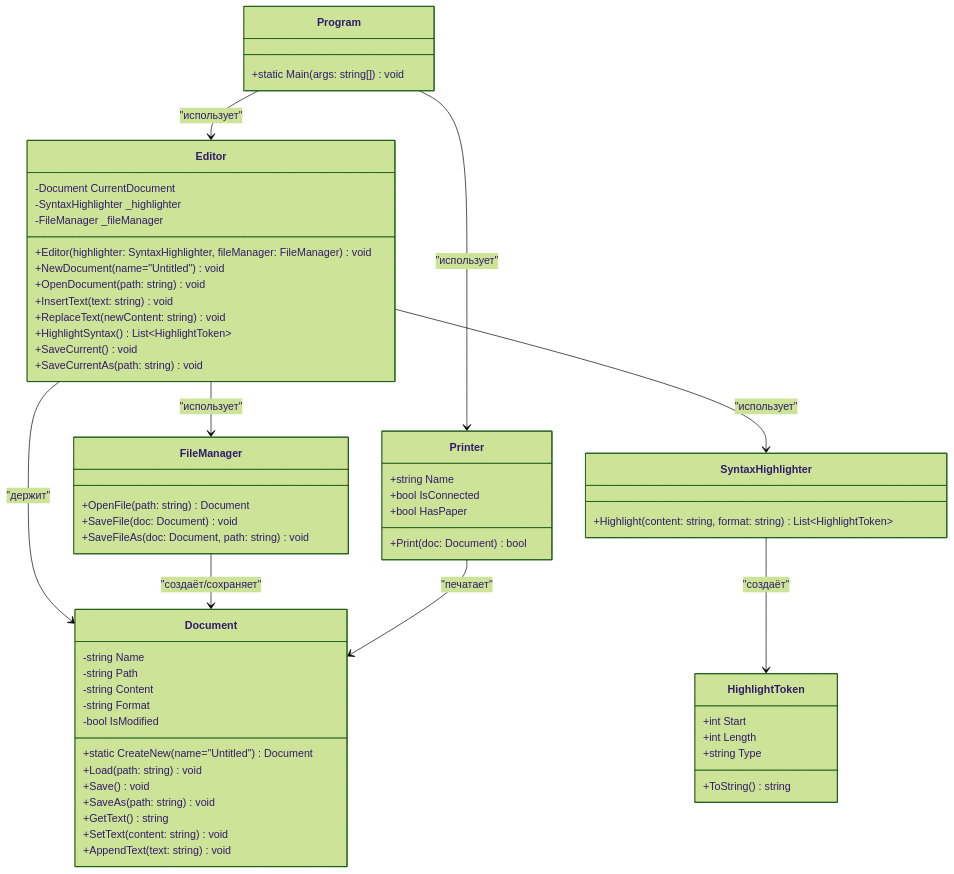
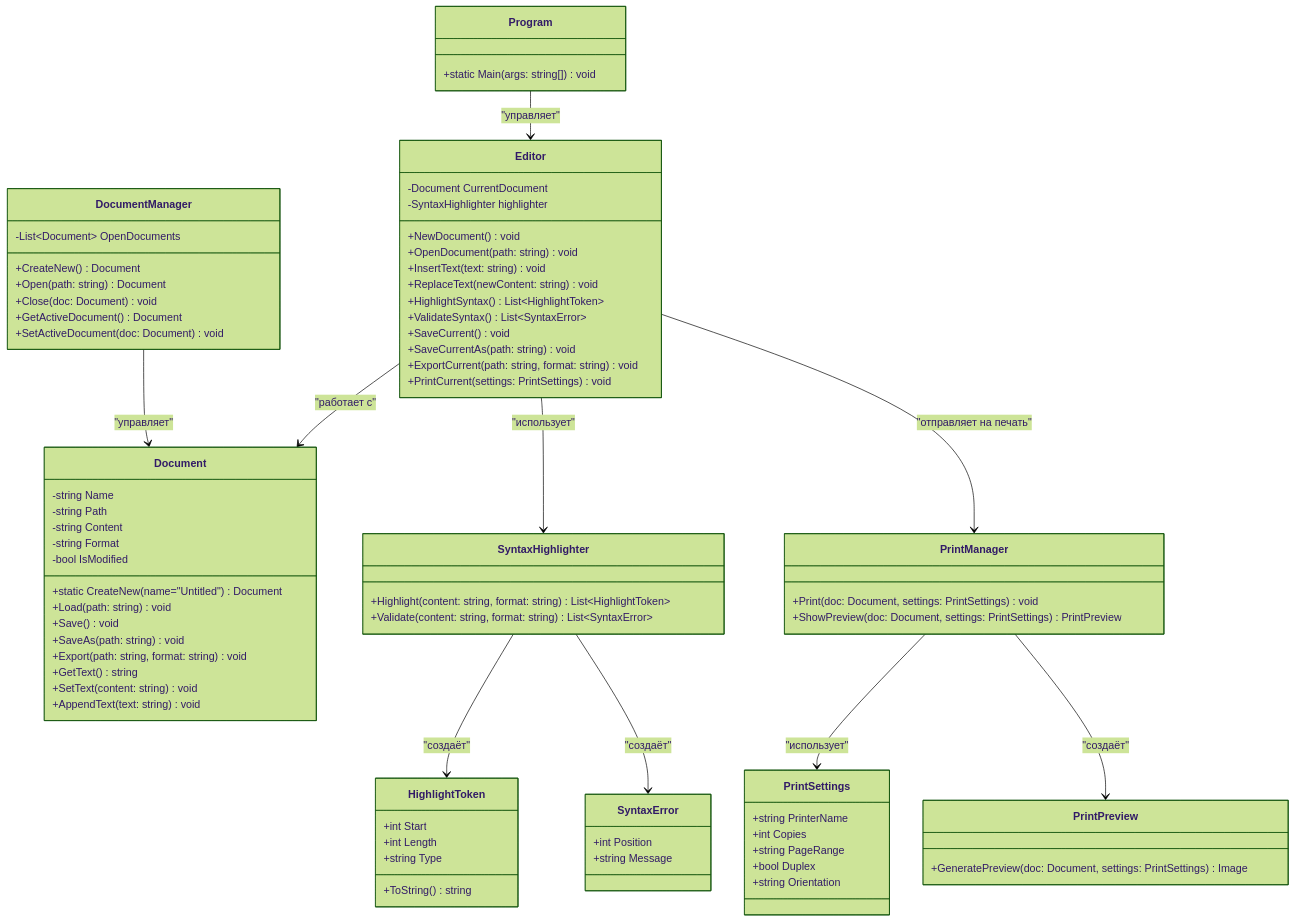
One commit to penamarth/bsbo-03-23_team6_var11_textedit changed the diagram in Документация/Модель предментой области.md. Above: the diagram before and after it, drawn with Mermaid (forest theme).

Commit message:
Update Модель предментой области.md

````diff
--- a/Документация/Модель предментой области.md
+++ b/Документация/Модель предментой области.md
@@ -2,5 +2,6 @@
 ```mermaid
 classDiagram
+    %% ====== ДОКУМЕНТ ======
     class Document {
         -string Name
         -string Path
@@ -11,17 +12,38 @@
         +Load(path: string) void
         +Save() void
         +SaveAs(path: string) void
+        +Export(path: string, format: string) void
         +GetText() string
         +SetText(content: string) void
         +AppendText(text: string) void
     }
 
-    class FileManager {
-        +OpenFile(path: string) Document
-        +SaveFile(doc: Document) void
-        +SaveFileAs(doc: Document, path: string) void
+    class DocumentManager {
+        -List~Document~ OpenDocuments
+        +CreateNew() Document
+        +Open(path: string) Document
+        +Close(doc: Document) void
+        +GetActiveDocument() Document
+        +SetActiveDocument(doc: Document) void
     }
 
+    %% ====== РЕДАКТИРОВАНИЕ ======
+    class Editor {
+        -Document CurrentDocument
+        -SyntaxHighlighter highlighter
+        +NewDocument() void
+        +OpenDocument(path: string) void
+        +InsertText(text: string) void
+        +ReplaceText(newContent: string) void
+        +HighlightSyntax() List~HighlightToken~
+        +ValidateSyntax() List~SyntaxError~
+        +SaveCurrent() void
+        +SaveCurrentAs(path: string) void
+        +ExportCurrent(path: string, format: string) void
+        +PrintCurrent(settings: PrintSettings) void
+    }
+
+    %% ====== СИНТАКСИС ======
     class HighlightToken {
         +int Start
         +int Length
@@ -29,41 +51,48 @@
         +ToString() string
     }
 
+    class SyntaxError {
+        +int Position
+        +string Message
+    }
+
     class SyntaxHighlighter {
         +Highlight(content: string, format: string) List~HighlightToken~
+        +Validate(content: string, format: string) List~SyntaxError~
     }
 
-    class Editor {
-        -Document CurrentDocument
-        -SyntaxHighlighter _highlighter
-        -FileManager _fileManager
-        +Editor(highlighter: SyntaxHighlighter, fileManager: FileManager) void
-        +NewDocument(name="Untitled") void
-        +OpenDocument(path: string) void
-        +InsertText(text: string) void
-        +ReplaceText(newContent: string) void
-        +HighlightSyntax() List~HighlightToken~
-        +SaveCurrent() void
-        +SaveCurrentAs(path: string) void
+    %% ====== ПЕЧАТЬ ======
+    class PrintSettings {
+        +string PrinterName
+        +int Copies
+        +string PageRange
+        +bool Duplex
+        +string Orientation
     }
 
-    class Printer {
-        +string Name
-        +bool IsConnected
-        +bool HasPaper
-        +Print(doc: Document) bool
+    class PrintPreview {
+        +GeneratePreview(doc: Document, settings: PrintSettings) Image
     }
 
+    class PrintManager {
+        +Print(doc: Document, settings: PrintSettings) void
+        +ShowPreview(doc: Document, settings: PrintSettings) PrintPreview
+    }
+
+    %% ====== ПРОГРАММА ======
     class Program {
         +static Main(args: string[]) void
     }
 
-    Editor --> Document : "держит"
+    %% ====== СВЯЗИ ======
+    Editor --> Document : "работает с"
     Editor --> SyntaxHighlighter : "использует"
-    Editor --> FileManager : "использует"
     SyntaxHighlighter --> HighlightToken : "создаёт"
-    FileManager --> Document : "создаёт/сохраняет"
-    Printer --> Document : "печатает"
-    Program --> Editor : "использует"
-    Program --> Printer : "использует"
+    SyntaxHighlighter --> SyntaxError : "создаёт"
+    Editor --> PrintManager : "отправляет на печать"
+    PrintManager --> PrintSettings : "использует"
+    PrintManager --> PrintPreview : "создаёт"
+    DocumentManager --> Document : "управляет"
+    Program --> Editor : "управляет"
+
 ```
````
